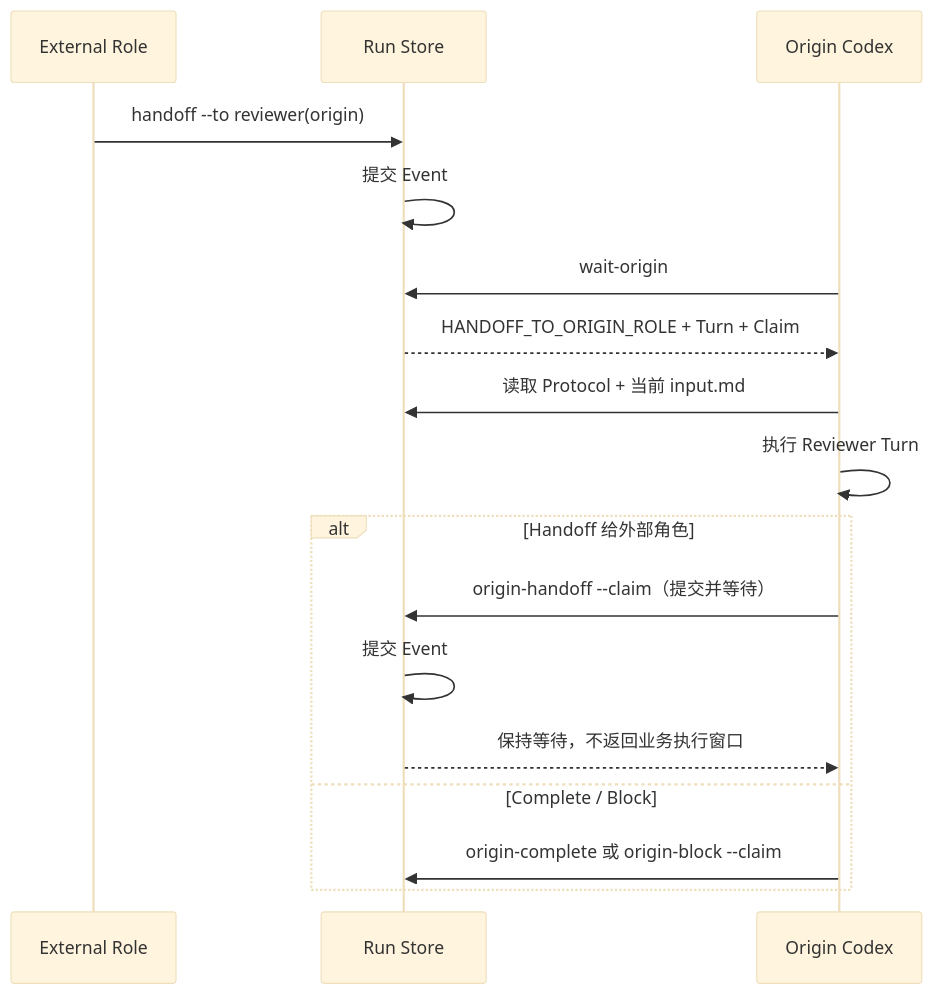
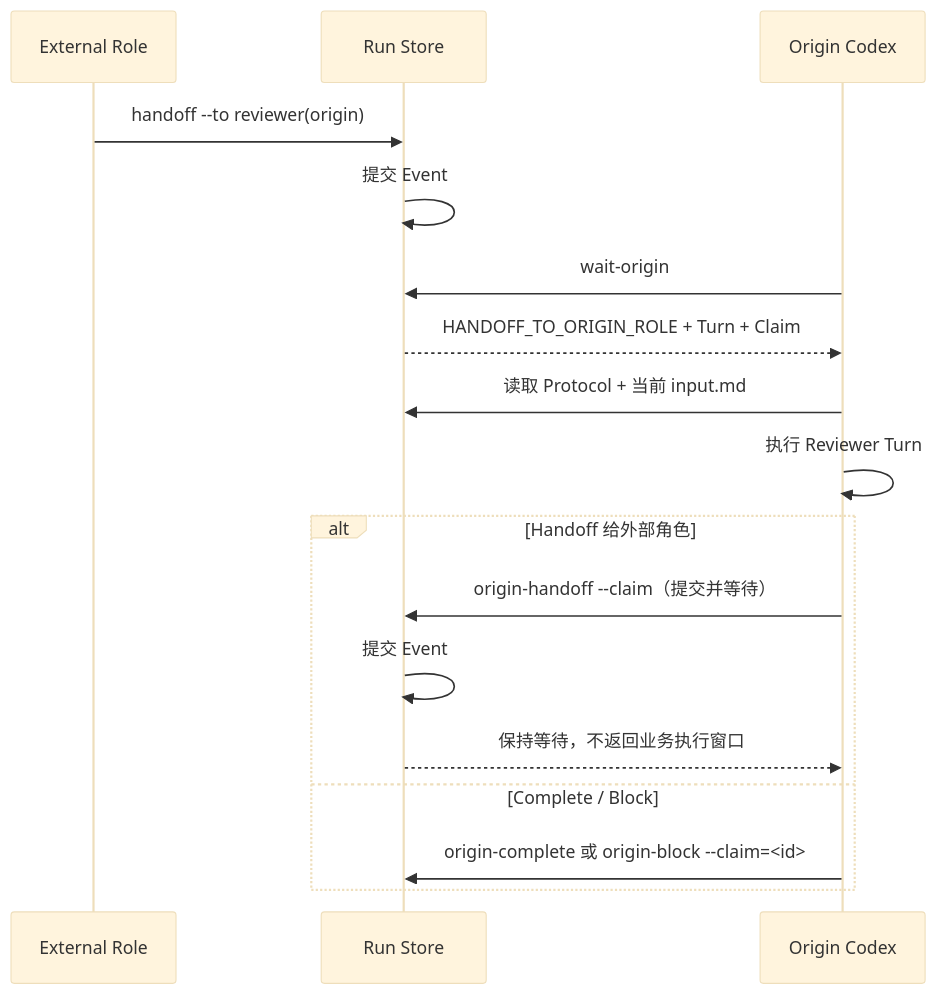
One commit to jicezeng/agent-team changed the fifth of 8 diagrams in agent-team_technical_design_v0.1.md. Above: the diagram before and after it, drawn with Mermaid (base theme). The commit also changed other lines of this file and 18 other files, not shown here.

````diff
--- a/agent-team_technical_design_v0.1.md
+++ b/agent-team_technical_design_v0.1.md
@@ -3283,20 +3298,20 @@
 ```mermaid
 sequenceDiagram
     participant E as External Role
     participant S as Run Store
     participant O as Origin Codex
 
     E->>S: handoff --to reviewer(origin)
     S->>S: 提交 Event
     O->>S: wait-origin
     S-->>O: HANDOFF_TO_ORIGIN_ROLE + Turn + Claim
     O->>S: 读取 Protocol + 当前 input.md
     O->>O: 执行 Reviewer Turn
     alt Handoff 给外部角色
         O->>S: origin-handoff --claim（提交并等待）
         S->>S: 提交 Event
         S-->>O: 保持等待，不返回业务执行窗口
     else Complete / Block
-        O->>S: origin-complete 或 origin-block --claim
+        O->>S: origin-complete 或 origin-block --claim=<id>
     end
 ```
````
